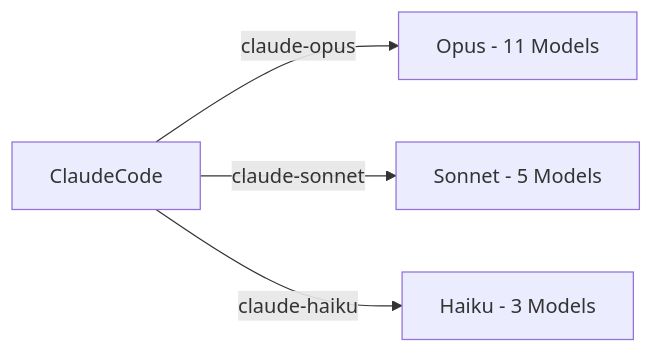
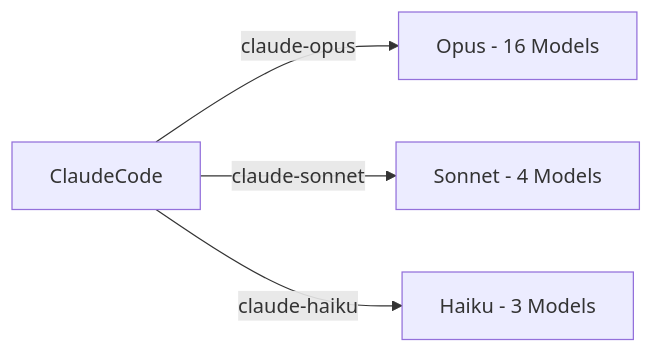
One commit to mahik504/limitless-claude changed the diagram in README.md. Above: the diagram before and after it, drawn with Mermaid. The commit also changed other lines of this file and 1 other file, not shown here.

````diff
--- a/README.md
+++ b/README.md
@@ -37,10 +37,10 @@
 ```mermaid
 flowchart LR
   claudeCode[ClaudeCode]
-  opus[Opus - 11 Models]
-  sonnet[Sonnet - 5 Models]
+  opus[Opus - 16 Models]
+  sonnet[Sonnet - 4 Models]
   haiku[Haiku - 3 Models]
   claudeCode -->|"claude-opus"| opus
   claudeCode -->|"claude-sonnet"| sonnet
   claudeCode -->|"claude-haiku"| haiku
 ```
````
